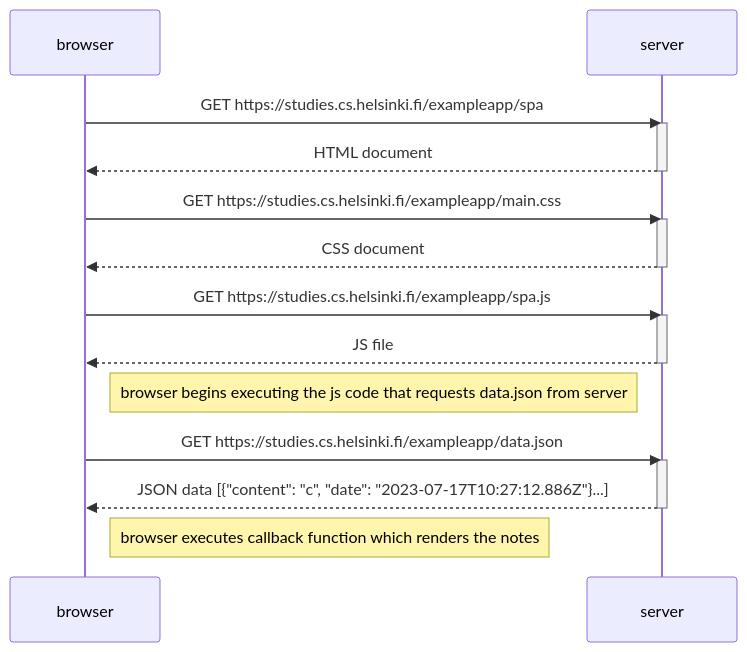
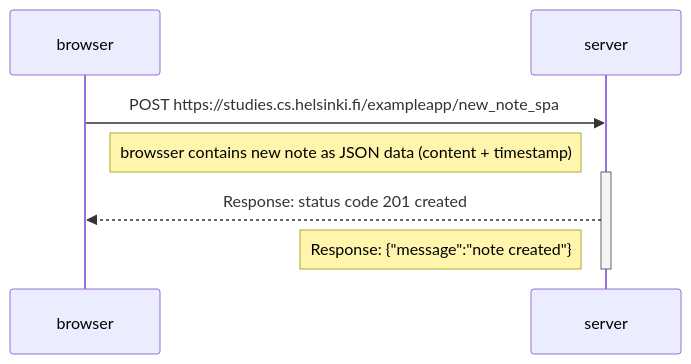
Before and after one commit to WMCS50/fso-part0: the diagram in 0.6-new-note-in-spa-diagram.md, drawn with Mermaid.

````diff
--- a/0.6-new-note-in-spa-diagram.md
+++ b/0.6-new-note-in-spa-diagram.md
@@ -1,28 +1,12 @@
 ```mermaid
     sequenceDiagram
         participant browser
         participant server
 
-        browser->>server: GET https://studies.cs.helsinki.fi/exampleapp/spa
+        browser->>server: POST https://studies.cs.helsinki.fi/exampleapp/new_note_spa
+        Note right of browser: browsser contains new note as JSON data (content + timestamp)
         activate server
-        server-->>browser: HTML document
-        deactivate server
-
-        browser->>server: GET https://studies.cs.helsinki.fi/exampleapp/main.css
-        activate server
-        server-->>browser: CSS document
-        deactivate server
-
-        browser->>server: GET https://studies.cs.helsinki.fi/exampleapp/spa.js
-        activate server
-        server-->>browser: JS file
-        deactivate server
-
-        Note right of browser: browser begins executing the js code that requests data.json from server
-
-        browser->>server: GET https://studies.cs.helsinki.fi/exampleapp/data.json
-        activate server
-        server-->>browser: JSON data [{"content": "c", "date": "2023-07-17T10:27:12.886Z"}...]
-        deactivate server
-        Note right of browser: browser executes callback function which renders the notes
+        server-->>browser: Response: status code 201 created
+        Note left of server: Response: {"message":"note created"}
+        deactivate server        
 ```
````
